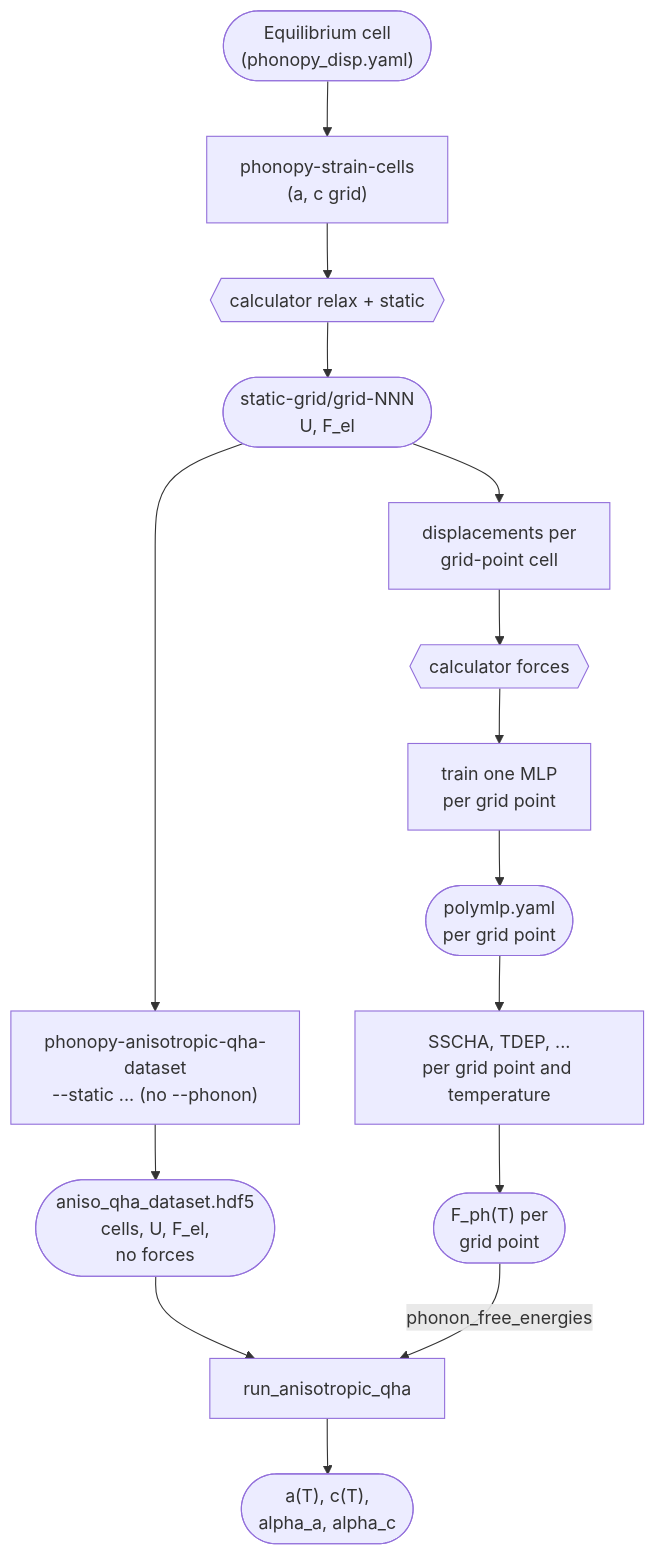
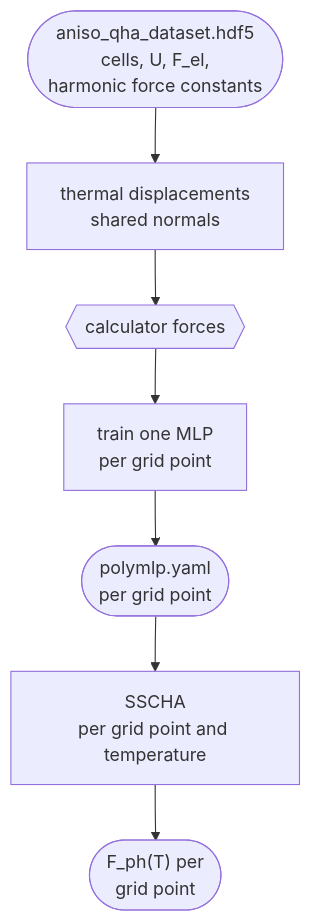
One commit to phonopy/phonopy changed the second of 3 diagrams in doc/anisotropic-qha.md. Above: the diagram before and after it, drawn with Mermaid. The commit also changed other lines of this file, not shown here.

Commit message:
Rewrite the anisotropic QHA documentation

````diff
--- a/doc/anisotropic-qha.md
+++ b/doc/anisotropic-qha.md
@@ -509,21 +720,10 @@
 ```{mermaid}
 flowchart TD
-    EQ(["Equilibrium cell<br/>(phonopy_disp.yaml)"])
-    EQ --> SC["phonopy-strain-cells<br/>(a, c grid)"]
-    SC --> RELAX{{"calculator relax + static"}}
-    RELAX --> SGRID(["static-grid/grid-NNN<br/>U, F_el"])
-
-    SGRID --> DISP["displacements per<br/>grid-point cell"]
+    DS(["aniso_qha_dataset.hdf5<br/>cells, U, F_el,<br/>harmonic force constants"])
+    DS --> DISP["thermal displacements<br/>shared normals"]
     DISP --> CALCT{{"calculator forces"}}
     CALCT --> DEV["train one MLP<br/>per grid point"]
     DEV --> MLP(["polymlp.yaml<br/>per grid point"])
-    MLP --> SSCHA["SSCHA, TDEP, ...<br/>per grid point and temperature"]
+    MLP --> SSCHA["SSCHA<br/>per grid point and temperature"]
     SSCHA --> FE(["F_ph(T) per<br/>grid point"])
-
-    SGRID --> BUILD["phonopy-anisotropic-qha-dataset<br/>--static ... (no --phonon)"]
-    BUILD --> DS(["aniso_qha_dataset.hdf5<br/>cells, U, F_el,<br/>no forces"])
-
-    DS --> AQ["run_anisotropic_qha"]
-    FE -->|"phonon_free_energies"| AQ
-    AQ --> RES(["a(T), c(T),<br/>alpha_a, alpha_c"])
 ```
````
